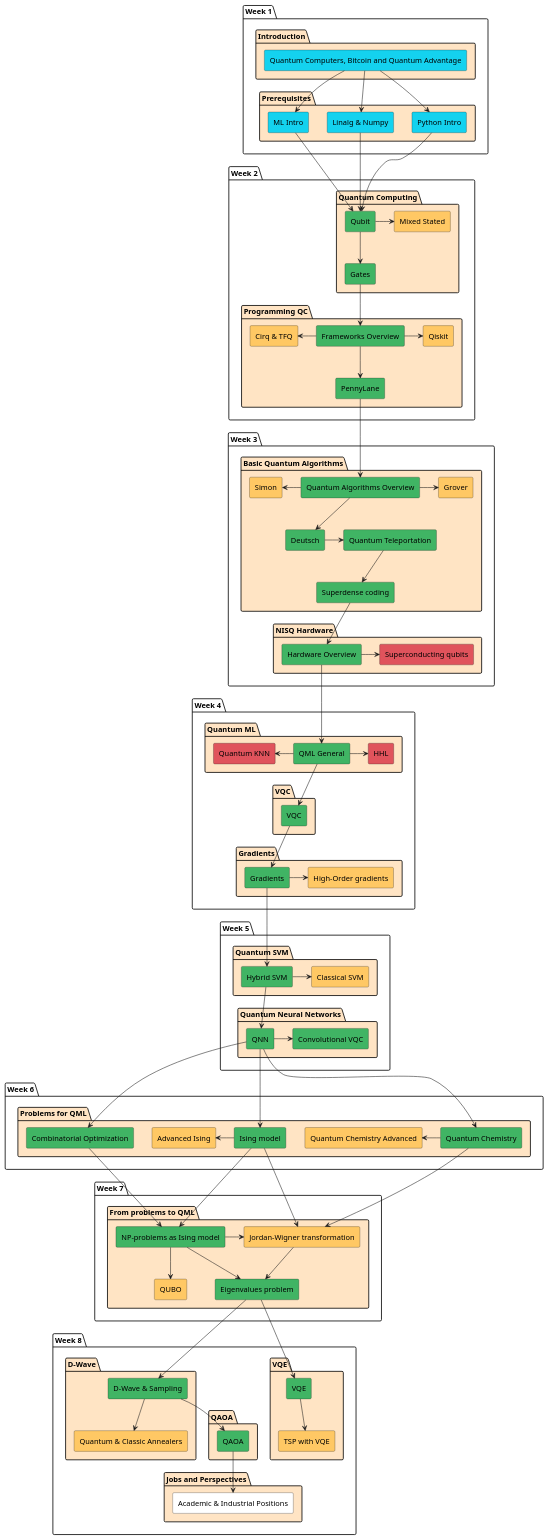
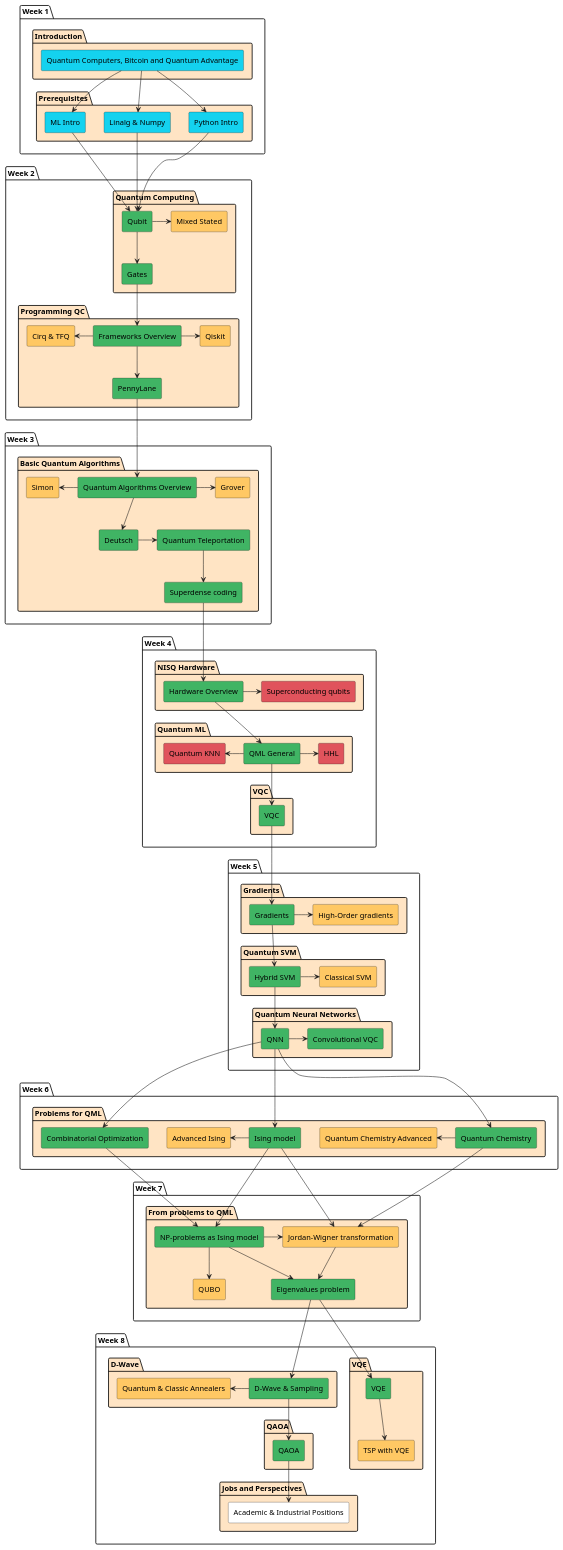
One commit to quantum-ods/qmlcourse changed the diagram in qmlcourseRU/_static/index/program.plantuml. Above: the diagram before and after it, drawn with PlantUML. The commit also changed 1 other file, not shown here.

Commit message:
update 3-5 program week

```diff
--- a/qmlcourseRU/_static/index/program.plantuml
+++ b/qmlcourseRU/_static/index/program.plantuml
@@ -1,186 +1,190 @@
 @startuml
 package "Week 1" {
         package "Introduction" #Bisque {
                 rectangle "Quantum Computers, Bitcoin and Quantum Advantage" as intro1 #14D2EF
         }
 
         package "Prerequisites" #Bisque {
                 rectangle "Python Intro" as python_intro #14D2EF
                 rectangle "Linalg & Numpy" as linalg_numpy_intro #14D2EF
                 rectangle "ML Intro" as ml_intro #14D2EF
         }
 }
 
 intro1 --> python_intro
 intro1 --> linalg_numpy_intro
 intro1 --> ml_intro
 
 package "Week 2" {
         package "Quantum Computing" as qci #Bisque {
                 rectangle "Qubit" as qubit #40B464
                 rectangle "Gates" as gates #40B464
                 rectangle "Mixed Stated" as mixed #FFC864
         }
 
         package "Programming QC" #Bisque {
                 rectangle "Frameworks Overview" as frameworks_overview #40B464
                 rectangle "PennyLane" as pennylane #40B464
                 rectangle "Cirq & TFQ" as cirq_tfq #FFC864
                 rectangle "Qiskit" as qiskit #FFC864
         }
 }
 
 python_intro --> qubit
 linalg_numpy_intro --> qubit
 ml_intro --> qubit
 
 qubit --> gates
 qubit -> mixed
 
 gates --> frameworks_overview
 frameworks_overview --> pennylane
 cirq_tfq <- frameworks_overview
 frameworks_overview -> qiskit
 
 package "Week 3" {
         package "Basic Quantum Algorithms" as qalgo #Bisque {
                 rectangle "Quantum Algorithms Overview" as quantum_algorithms_overview #40B464
                 rectangle "Deutsch" as deutsch #40B464
                 rectangle "Quantum Teleportation" as quantum_teleportation #40B464
                 rectangle "Superdense coding" as superdense_coding #40B464
                 rectangle "Grover" as grover #FFC864
                 rectangle "Simon" as saimon #FFC864
         }
 
-        package "NISQ Hardware" #Bisque {
-                rectangle "Hardware Overview" as hardware_overview #40B464
-                rectangle "Superconducting qubits" as superconducting_qubits #E0535C
-        }
 }
 
 pennylane --> quantum_algorithms_overview
 
 quantum_algorithms_overview --> deutsch
 quantum_algorithms_overview -> grover
 saimon <- quantum_algorithms_overview
 
 deutsch -> quantum_teleportation
 quantum_teleportation --> superdense_coding
 
-superdense_coding --> hardware_overview
-hardware_overview -> superconducting_qubits
+package "Week 4" {
 
-package "Week 4" {
+        package "NISQ Hardware" #Bisque {
+                rectangle "Hardware Overview" as hardware_overview #40B464
+                rectangle "Superconducting qubits" as superconducting_qubits #E0535C
+        }
+
         package "Quantum ML" #Bisque {
                 rectangle "QML General" as qml_general #40B464
                 rectangle "HHL" as hhl #E0535C
                 rectangle "Quantum KNN" as qknn #E0535C
         }
 
         package "VQC" #Bisque {
                 rectangle "VQC" as vqc #40B464
         }
 
-        package "Gradients" #Bisque {
-                rectangle "Gradients" as gradients #40B464
-                rectangle "High-Order gradients" as high_gradients #FFC864
-        }
 }
+
+superdense_coding --> hardware_overview
+hardware_overview -> superconducting_qubits
 
 hardware_overview --> qml_general
 
 qml_general -> hhl
 qknn <- qml_general
 
 qml_general --> vqc
 
-vqc --> gradients
-gradients -> high_gradients
+package "Week 5" {
 
-package "Week 5" {
+        package "Gradients" #Bisque {
+                rectangle "Gradients" as gradients #40B464
+                rectangle "High-Order gradients" as high_gradients #FFC864
+        }
+
         package "Quantum SVM" #Bisque {
                 rectangle "Hybrid SVM" as hybrid_svm #40B464
                 rectangle "Classical SVM" as classical_svm #FFC864
         }
 
         package "Quantum Neural Networks" #Bisque {
                 rectangle "QNN" as quantum_nn #40B464
 '                rectangle "Barren plateaus" as barren #FFC864
                 rectangle "Convolutional VQC" as quantum_cnn #40B464
         }
 }
+
+vqc --> gradients
+gradients -> high_gradients
 
 gradients --> hybrid_svm
 hybrid_svm -> classical_svm
 
 hybrid_svm --> quantum_nn
 quantum_nn -> quantum_cnn
 
 package "Week 6" {
         package "Problems for QML" #Bisque {
                 rectangle "Ising model" as ising #40B464
                 rectangle "Advanced Ising" as ising_advanced #FFC864
                 rectangle "Combinatorial Optimization" as combinatorial_optimization #40B464
                 rectangle "Quantum Chemistry" as quantum_chemistry #40B464
                 rectangle "Quantum Chemistry Advanced" as quantum_chemistry_advanced #FFC864
         }
 }
 
 quantum_nn --> ising
 quantum_nn --> combinatorial_optimization
 quantum_nn --> quantum_chemistry
 
 ising_advanced <- ising
 quantum_chemistry_advanced <- quantum_chemistry
 
 package "Week 7" {
         package "From problems to QML" #Bisque {
                 rectangle "NP-problems as Ising model" as np_problem_ising #40B464
                 rectangle "Jordan-Wigner transformation" as jordan_wigner #FFC864
                 rectangle "QUBO" as qubo #FFC864
                 rectangle "Eigenvalues problem" as eigenvalues_problem #40B464
         }
 
 }
 
 combinatorial_optimization --> np_problem_ising
 ising --> np_problem_ising
 ising --> jordan_wigner
 quantum_chemistry --> jordan_wigner
 
 np_problem_ising --> eigenvalues_problem
 jordan_wigner <- np_problem_ising
 np_problem_ising --> qubo
 jordan_wigner --> eigenvalues_problem
 
 package "Week 8" {
         package "VQE" #Bisque {
                 rectangle "VQE" as vqe #40B464
                 rectangle "TSP with VQE" as tsp_with_vqe #FFC864
         }
 
         package "D-Wave" #Bisque {
                 rectangle "D-Wave & Sampling" as d_wave #40B464
                 rectangle "Quantum & Classic Annealers" as q_c_annealers #FFC864
         }
 
         package "QAOA" #Bisque {
                 rectangle "QAOA" as qaoa #40B464
         }
 
         package "Jobs and Perspectives" as jobs #Bisque {
                 rectangle "Academic & Industrial Positions" as academic_industrial #White
         }
 }
 
 eigenvalues_problem --> vqe
 eigenvalues_problem --> d_wave
 
 vqe --> tsp_with_vqe
 
-d_wave --> q_c_annealers
+q_c_annealers <- d_wave
 d_wave --> qaoa
 
 qaoa --> academic_industrial
 
 @enduml
```
